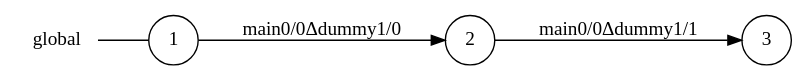
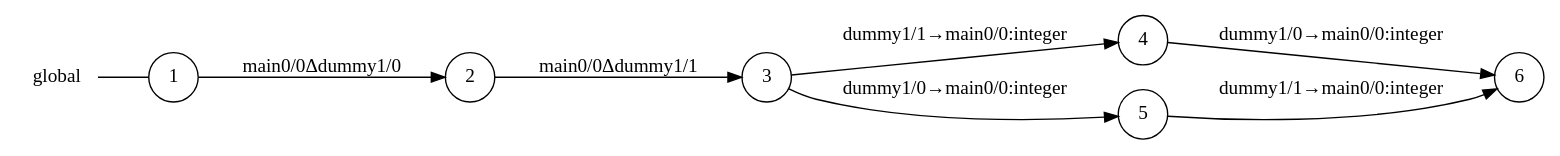
The diagram in examples/for-loop-recursion/main0_global_view.dot (gabrielegenovese/chorer), drawn with Graphviz before and after one commit. The commit also changed 63 other files, not shown here.

```diff
--- a/examples/for-loop-recursion/main0_global_view.dot
+++ b/examples/for-loop-recursion/main0_global_view.dot
@@ -1,11 +1,18 @@
 digraph global {
 	rankdir="LR";
 	n_0 [label="global", shape="plaintext"];
-	n_1 [id="1", shape=circle, label="1"];
-	n_0 -> n_1 [arrowhead=none];
-	n_2 [id="2", shape=circle, label="2"];
-	n_3 [id="3", shape=circle, label="3"];
+	n_1 [id="5", shape=circle, label="6"];
+	n_2 [id="1", shape=circle, label="1"];
+	n_0 -> n_2 [arrowhead=none];
+	n_3 [id="2", shape=circle, label="2"];
+	n_4 [id="4", shape=circle, label="4"];
+	n_5 [id="7", shape=circle, label="5"];
+	n_6 [id="3", shape=circle, label="3"];
 
-	n_1 -> n_2 [id="[$e|0]", label="main0/0Δdummy1/0"];
-	n_2 -> n_3 [id="[$e|1]", label="main0/0Δdummy1/1"];
+	n_6 -> n_4 [id="[$e|5]", label="dummy1/1→main0/0:integer"];
+	n_4 -> n_1 [id="[$e|0]", label="dummy1/0→main0/0:integer"];
+	n_5 -> n_1 [id="[$e|6]", label="dummy1/1→main0/0:integer"];
+	n_3 -> n_6 [id="[$e|3]", label="main0/0Δdummy1/1"];
+	n_6 -> n_5 [id="[$e|4]", label="dummy1/0→main0/0:integer"];
+	n_2 -> n_3 [id="[$e|1]", label="main0/0Δdummy1/0"];
 }
```
